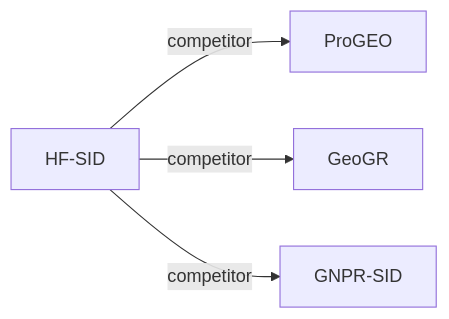
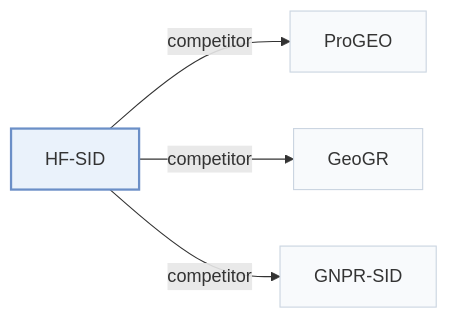
One commit to Galaxy-ghost/Awesome-SID-Generative-Rec changed the second of 2 diagrams in pages/papers/hf-sid.md. Above: the diagram before and after it, drawn with Mermaid. The commit also changed other lines of this file and 649 other files, not shown here.

Commit message:
writer-05: also tags and modality index (schema, check, build, visuals); summary field removed; calibration data for 12 papers

````diff
--- a/pages/papers/hf-sid.md
+++ b/pages/papers/hf-sid.md
@@ -70,7 +74,11 @@
 ```mermaid
 flowchart LR
     P["HF-SID"]
-    P -->|competitor| A["ProGEO"]
-    P -->|competitor| B["GeoGR"]
-    P -->|competitor| C["GNPR-SID"]
+    P -->|"competitor"| A["ProGEO"]
+    P -->|"competitor"| B["GeoGR"]
+    P -->|"competitor"| C["GNPR-SID"]
+    classDef main fill:#eaf2fb,stroke:#6b8fc7,stroke-width:2px
+    classDef peer fill:#f8fafc,stroke:#cbd5e1
+    class P main
+    class A,B,C peer
 ```
````
